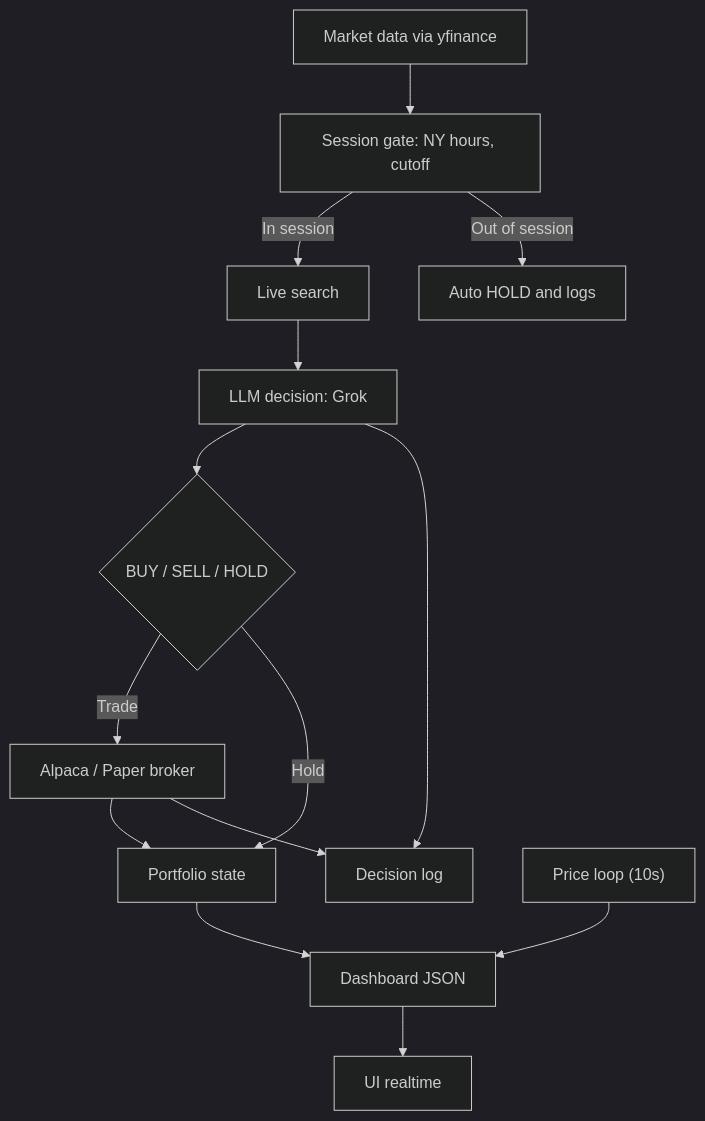
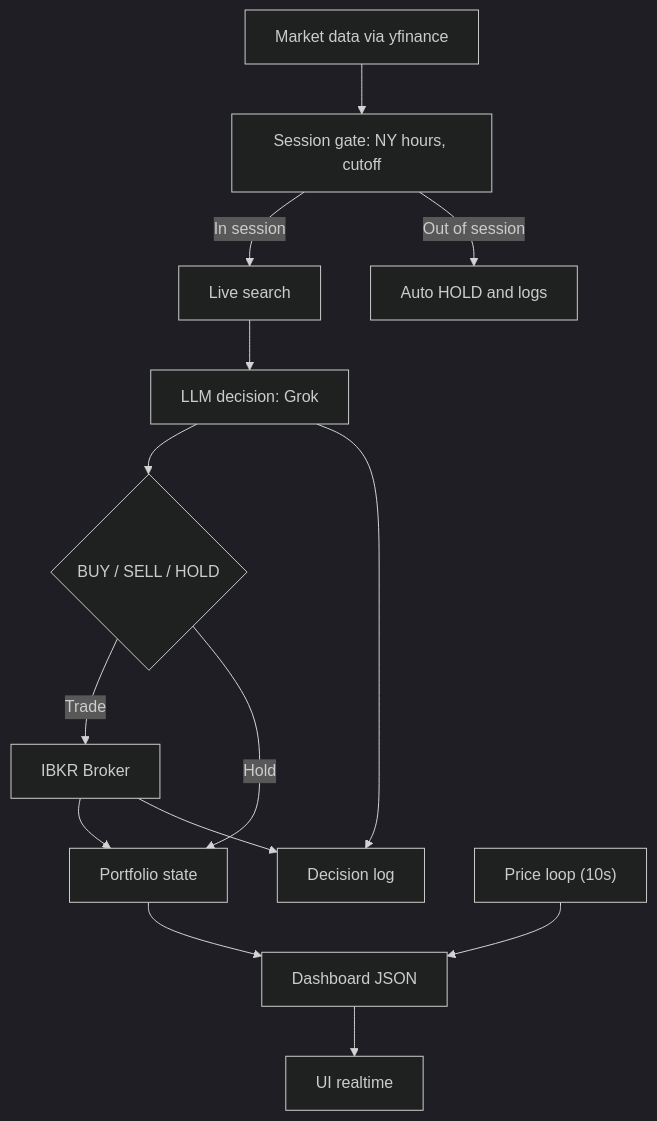
Before and after one commit to tlm159/Grok-Agentic-Trader: the diagram in README.md, drawn with Mermaid (dark theme). The commit also changed other lines of this file and 10 other files, not shown here.

````diff
--- a/README.md
+++ b/README.md
@@ -7,16 +7,16 @@
 ```mermaid
 flowchart TD
   A[Market data via yfinance] --> B[Session gate: NY hours, cutoff]
   B -->|In session| C[Live search]
   B -->|Out of session| H[Auto HOLD and logs]
   C --> D[LLM decision: Grok]
   D --> E{BUY / SELL / HOLD}
-  E -->|Trade| F[Alpaca / Paper broker]
+  E -->|Trade| F[IBKR Broker]
   F --> G[Portfolio state]
   E -->|Hold| G
   G --> I[Dashboard JSON]
   I --> J[UI realtime]
   D --> K[Decision log]
   F --> K
   L["Price loop (10s)"] --> I
 ```
````
